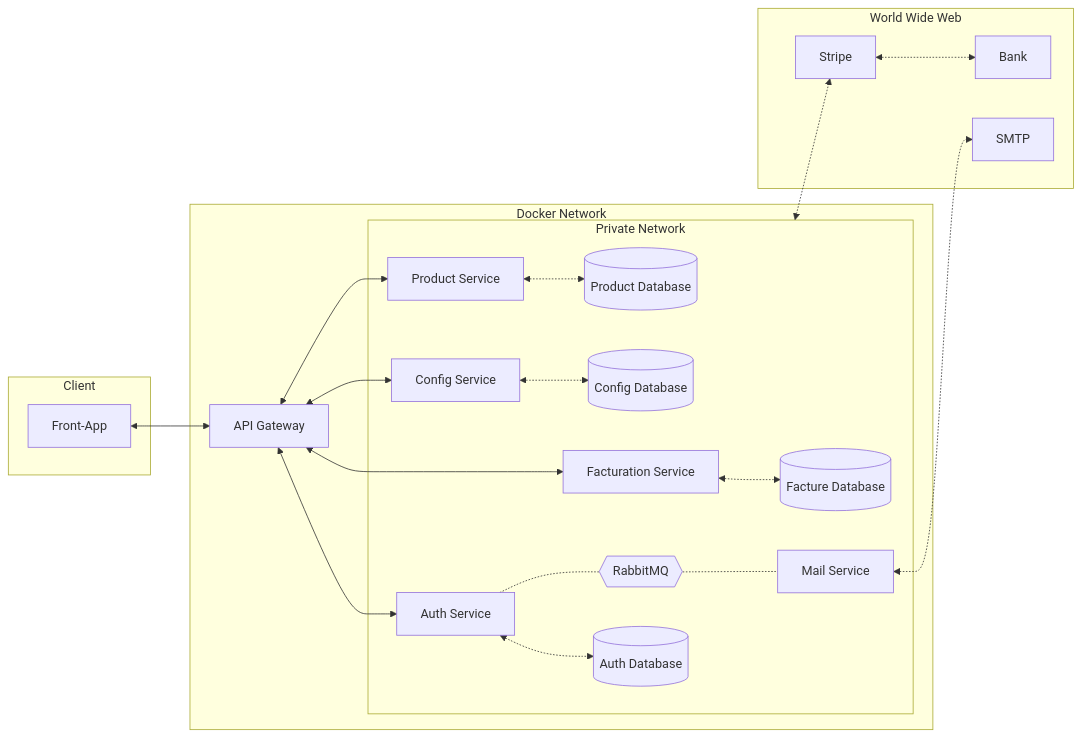
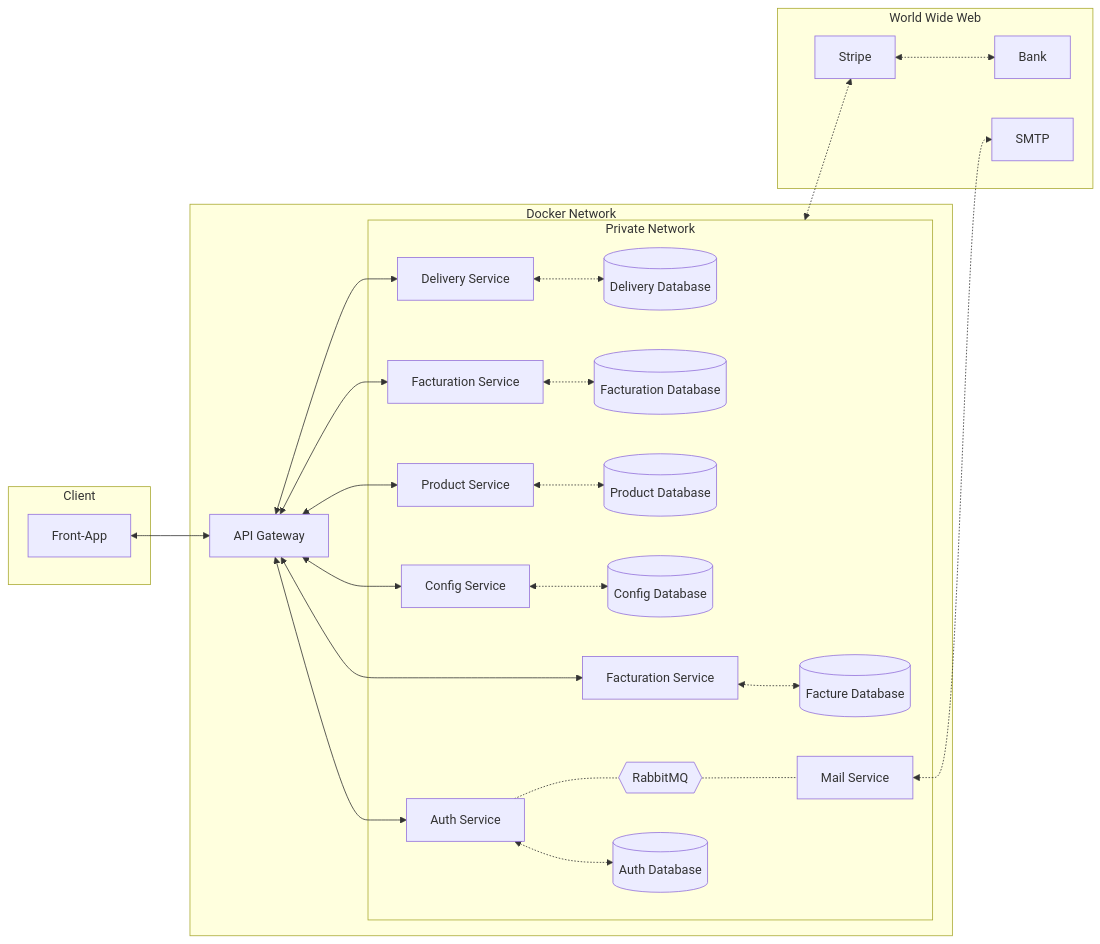
One commit to Collect-Verything/collect-verything-app changed the diagram in documentation/diagrams/architecture/application.md. Above: the diagram before and after it, drawn with Mermaid. The commit also changed other lines of this file and 6 other files, not shown here.

````diff
--- a/documentation/diagrams/architecture/application.md
+++ b/documentation/diagrams/architecture/application.md
@@ -5,59 +5,71 @@
 ```mermaid
 flowchart LR
 %% Zone client
     subgraph Client
         front[Front-App]
     end
 
 %% Zone Docker network
     subgraph Docker_Network[Docker Network]
         gate[API Gateway]
     %% Sous-zone : réseau privé
         subgraph Private_Network[Private Network]
             facture[Facturation Service]
             facture-db[(Facture Database)]
 
             auth[Auth Service]
             auth-db[(Auth Database)]
 
             config[Config Service]
             config-db[(Config Database)]
 
             product[Product Service]
             product-db[(Product Database)]
+
+            facturation[Facturation Service]
+            facturation-db[(Facturation Database)]
+
+            delivery[Delivery Service]
+            delivery-db[(Delivery Database)]
 
             mail[Mail Service]
             amqp{{RabbitMQ}}
         end
 
     end
 
 %% Zone WWW
     subgraph www[World Wide Web]
         Stripe
         Bank
         SMTP
     end
 
 %% Connexions
     front <--> gate
 
     gate <--> auth
     auth <-.-> auth-db
 
     gate <--> facture
     facture <-.-> facture-db
 
     gate <--> config
     config <-.-> config-db
 
     gate <--> product
     product <-.-> product-db
 
+    gate <--> facturation
+    facturation <-.-> facturation-db
+
+    gate <--> delivery
+    delivery <-.-> delivery-db
+
     auth -.- amqp
     amqp -.- mail
     mail <-.-> SMTP
 
     Private_Network <-.-> Stripe
     Stripe <-.-> Bank
 ```
````
